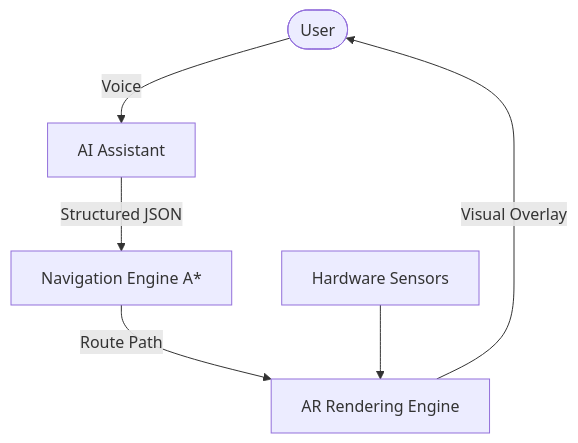
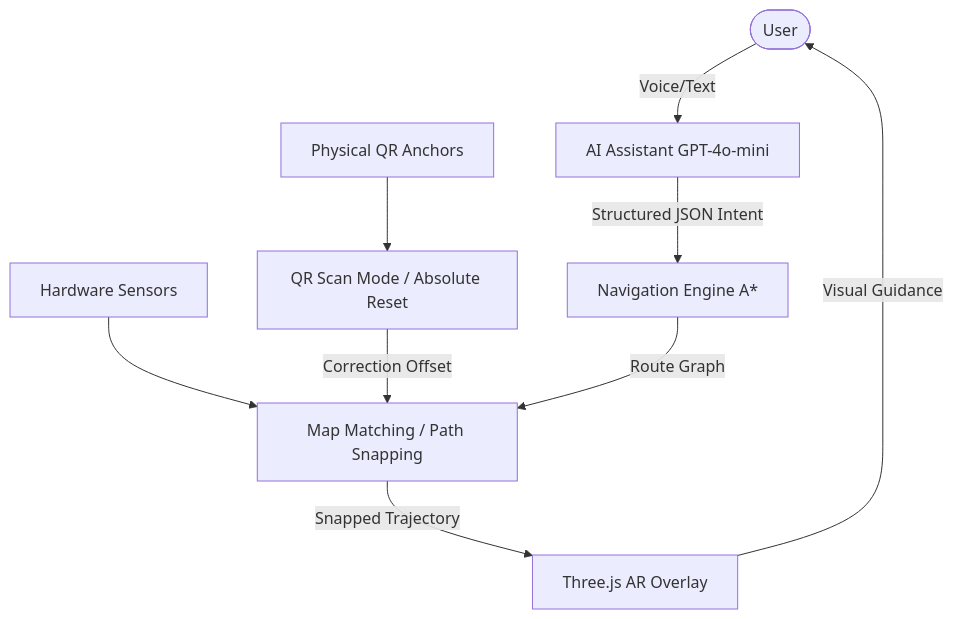
Before and after one commit to shivansh-kaushik/GAMEMNNIT: the diagram in README.md, drawn with Mermaid. The commit also changed other lines of this file and 1 other file, not shown here.

Commit message:
docs: finalized research paper and DSLS architecture documentation

````diff
--- a/README.md
+++ b/README.md
@@ -129,8 +130,11 @@
 ```mermaid
 graph TD
-    User([User]) -->|Voice| AI[AI Assistant]
-    AI -->|Structured JSON| Nav["Navigation Engine A*"]
-    Nav -->|Route Path| AR[AR Rendering Engine]
-    Sensors[Hardware Sensors] --> AR
-    AR -->|Visual Overlay| User
+    User([User]) -->|Voice/Text| AI[AI Assistant GPT-4o-mini]
+    AI -->|Structured JSON Intent| Nav["Navigation Engine A*"]
+    Sensors[Hardware Sensors] --> Snap[Map Matching / Path Snapping]
+    QR[Physical QR Anchors] --> Scan[QR Scan Mode / Absolute Reset]
+    Scan -->|Correction Offset| Snap
+    Snap -->|Snapped Trajectory| AR[Three.js AR Overlay]
+    Nav -->|Route Graph| Snap
+    AR -->|Visual Guidance| User
 ```
````
